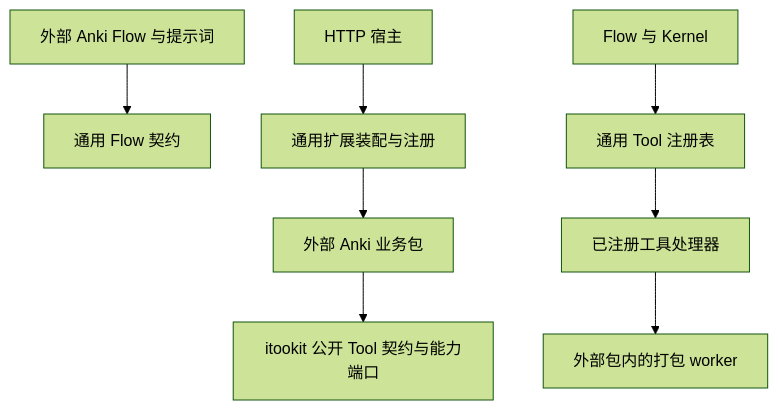
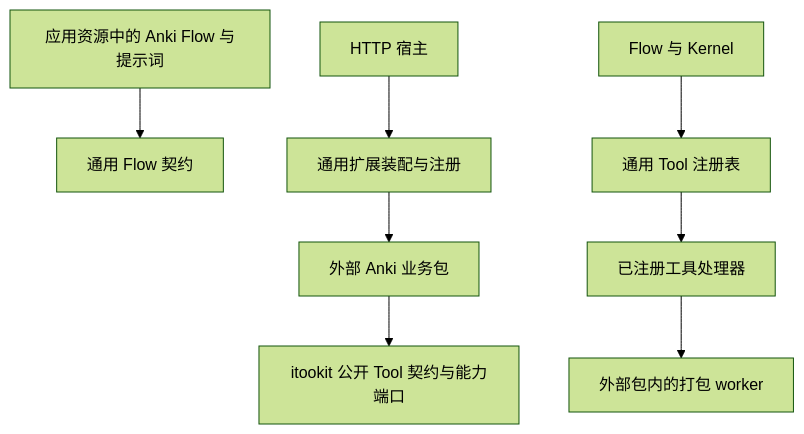
The first of 5 diagrams in doc/design/anki-flow.md (mushuanli/NestOS), drawn with Mermaid (forest theme) before and after one commit. The commit also changed other lines of this file and 228 other files, not shown here.

First line of the commit message:
feat(flow): persist prepared runs and consolidate toolbox resources

````diff
--- a/doc/design/anki-flow.md
+++ b/doc/design/anki-flow.md
@@ -44,10 +56,10 @@
 ```mermaid
 flowchart TD
     Package[外部 Anki 业务包] --> SDK[itookit 公开 Tool 契约与能力端口]
-    Definition[外部 Anki Flow 与提示词] --> Contracts[通用 Flow 契约]
+    Definition[应用资源中的 Anki Flow 与提示词] --> Contracts[通用 Flow 契约]
     Host[HTTP 宿主] --> Loader[通用扩展装配与注册]
     Loader --> Package
     Runtime[Flow 与 Kernel] --> Registry[通用 Tool 注册表]
     Registry --> Handler[已注册工具处理器]
     Handler --> Worker[外部包内的打包 worker]
 ```
````
